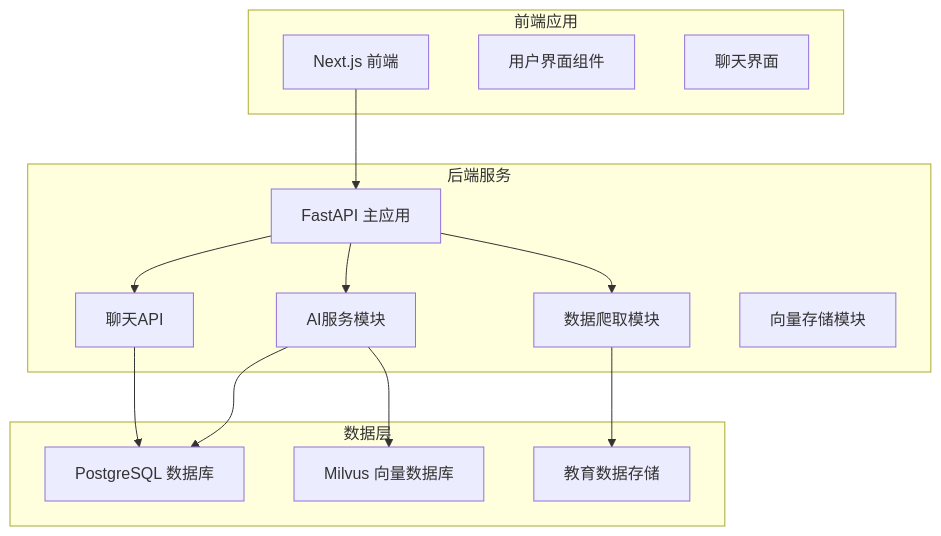
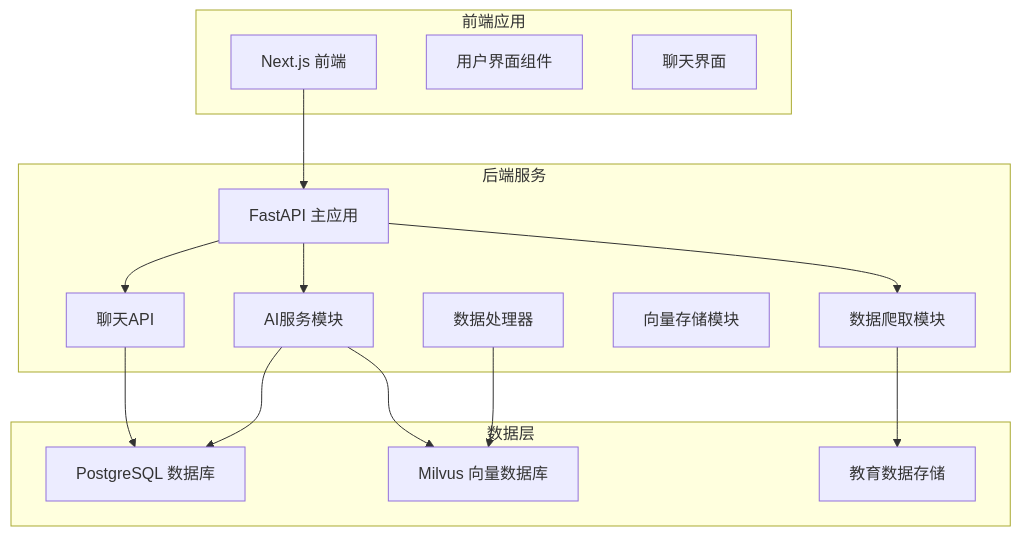
Before and after one commit to ghbbn053-ship-itsoulddog/soulddog: the first of 22 diagrams in .qoder/repowiki/zh/content/AI智能问答系统/RAG架构设计.md, drawn with Mermaid. The commit also changed other lines of this file and 119 other files, not shown here.

````diff
--- a/.qoder/repowiki/zh/content/AI智能问答系统/RAG架构设计.md
+++ b/.qoder/repowiki/zh/content/AI智能问答系统/RAG架构设计.md
@@ -44,28 +48,30 @@
 ```mermaid
 graph TB
 subgraph "前端应用"
 FE1[Next.js 前端]
 FE2[用户界面组件]
 FE3[聊天界面]
 end
 subgraph "后端服务"
 BE1[FastAPI 主应用]
 BE2[聊天API]
 BE3[数据爬取模块]
 BE4[AI服务模块]
 BE5[向量存储模块]
+BE6[数据处理器]
 end
 subgraph "数据层"
 DB1[PostgreSQL 数据库]
 VS1[Milvus 向量数据库]
 ES1[教育数据存储]
 end
 FE1 --> BE1
 BE1 --> BE2
 BE1 --> BE3
 BE1 --> BE4
 BE4 --> VS1
 BE2 --> DB1
 BE3 --> ES1
 BE4 --> DB1
+BE6 --> VS1
 ```
````
